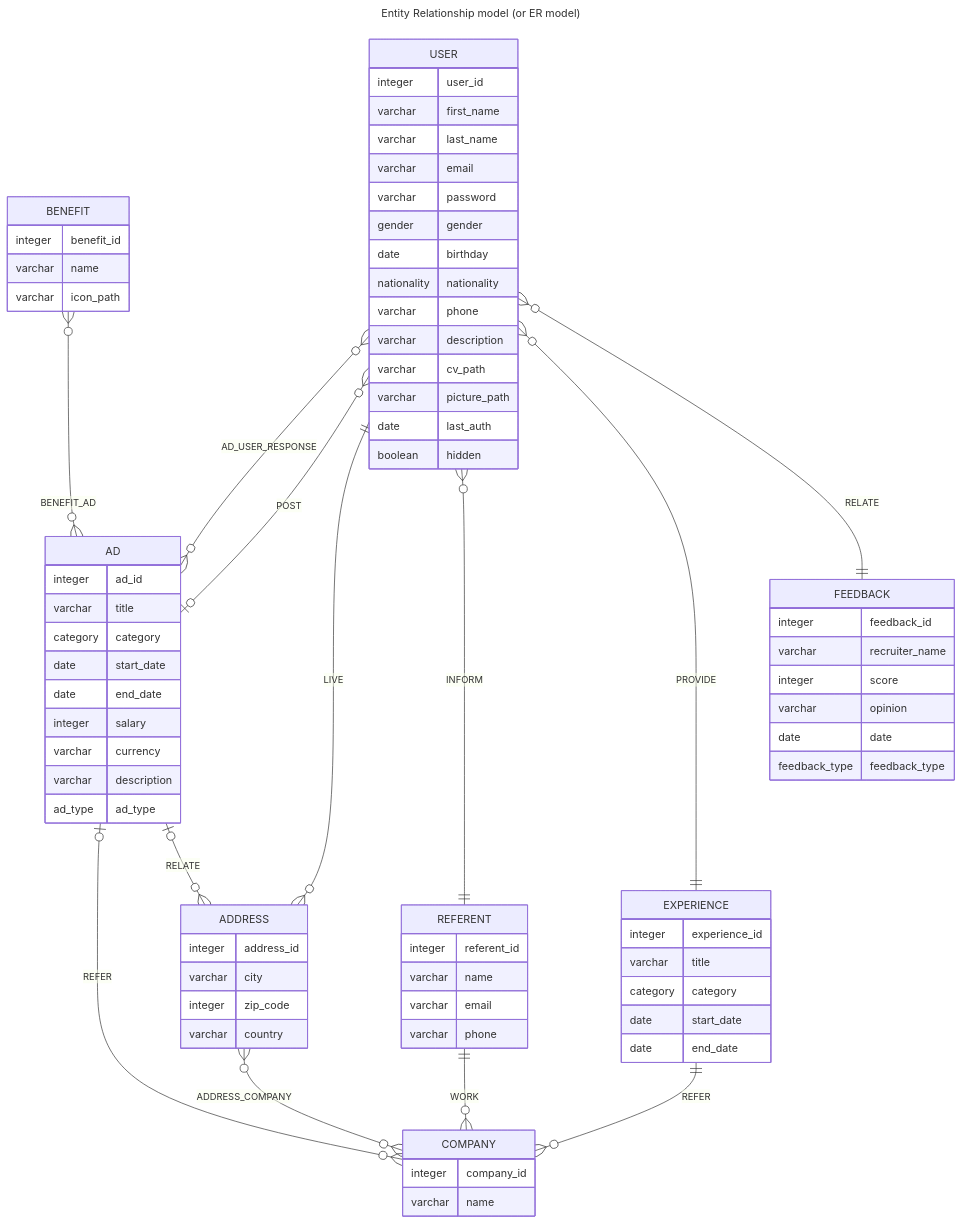
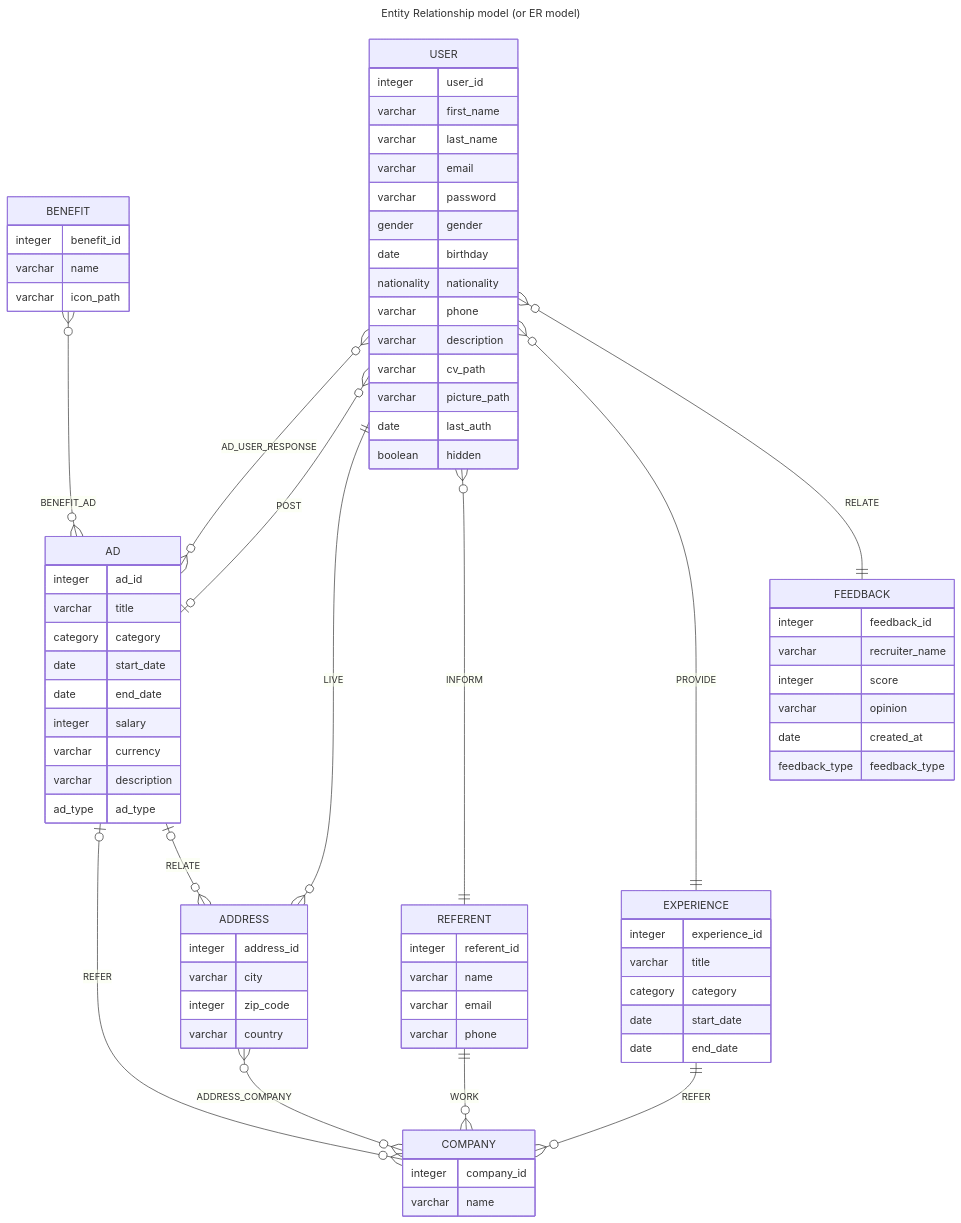
One commit to sylvain-pierrot/seasonal-workers changed the diagram in Documentation/RDBMS.md. Above: the diagram before and after it, drawn with Mermaid.

Commit message:
Created At feedback RDBMS.md (#35)

````diff
--- a/Documentation/RDBMS.md
+++ b/Documentation/RDBMS.md
@@ -28,81 +28,81 @@
 ```mermaid
 ---
 title: Entity Relationship model (or ER model)
 ---
 erDiagram
     BENEFIT {
         integer benefit_id
         varchar name
         varchar icon_path
     }
     AD {
         integer ad_id
         varchar title
         category category
         date start_date
         date end_date
         integer salary
         varchar currency
         varchar description
         ad_type ad_type
     }
     COMPANY {
         integer company_id
         varchar name
     }
     EXPERIENCE {
         integer experience_id
         varchar title
         category category
         date start_date
         date end_date
     }
     USER {
         integer user_id
         varchar first_name
         varchar last_name
         varchar email
         varchar password
         gender gender
         date birthday
         nationality nationality
         varchar phone
         varchar description
         varchar cv_path
         varchar picture_path
         date last_auth
         boolean hidden
     }
     ADDRESS {
         integer address_id
         varchar city
         integer zip_code
         varchar country
     }
     REFERENT {
         integer referent_id
         varchar name
         varchar email
         varchar phone
     }
     FEEDBACK {
         integer feedback_id
         varchar recruiter_name
         integer score
         varchar opinion
-        date date
+        date created_at
         feedback_type feedback_type
     }
     BENEFIT o{--}o AD : "BENEFIT_AD"
     AD o|--}o COMPANY : "REFER"
     AD o|--}o ADDRESS : "RELATE"
     USER o{--}o AD : "AD_USER_RESPONSE"
     EXPERIENCE ||--}o COMPANY : "REFER"
     USER o{--o| AD : "POST"
     USER ||--}o ADDRESS : "LIVE"
     USER o{--|| REFERENT : "INFORM"
     USER o{--|| EXPERIENCE : "PROVIDE"
     USER o{--|| FEEDBACK : "RELATE"
     ADDRESS o{--}o COMPANY : "ADDRESS_COMPANY"
     REFERENT ||--}o COMPANY : "WORK"
 ```
````
